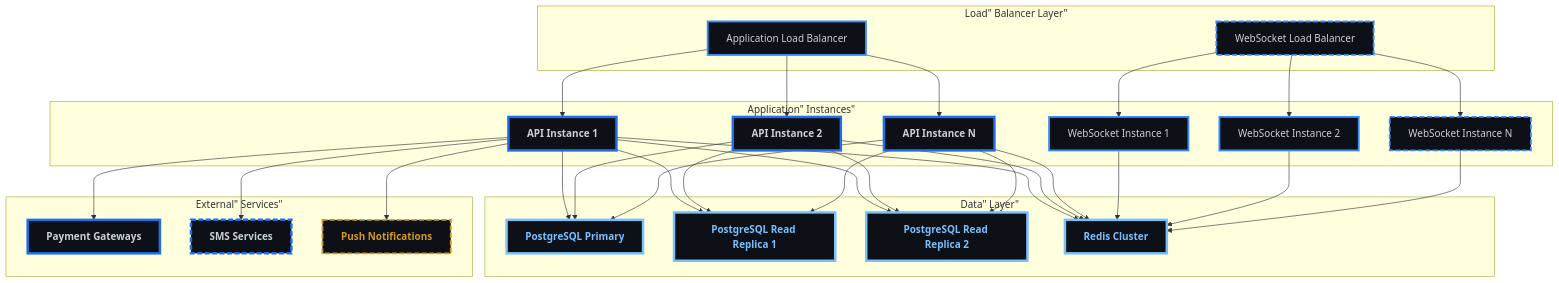
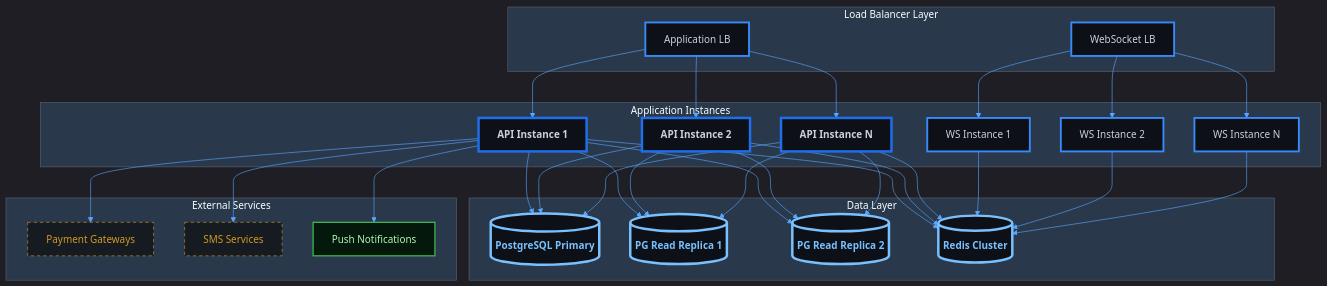
One commit to abdoElHodaky/transportapp changed diagram 12 of 15 in docs/ARCHITECTURE.md. Above: the diagram before and after it, drawn with Mermaid. The commit also changed other lines of this file, not shown here.

````diff
--- a/docs/ARCHITECTURE.md
+++ b/docs/ARCHITECTURE.md
@@ -2148,200 +1992,72 @@
 ```mermaid
-%%{init: {
-    "theme": "dark",
-    "themeVariables": {
-    "primaryColor": "#0d1117",
-    "primaryTextColor": "#58a6ff",
-    "primaryBorderColor": "#58a6ff",
-    "lineColor": "#58a6ff"
-    },
-    "flowchart": {
-    "useMaxWidth": true,
-    "htmlLabels": true
-    }
-    }}%%
 %%{init: {
   "theme": "dark",
   "themeVariables": {
     "primaryColor": "#0d1117",
     "primaryTextColor": "#c9d1d9",
     "primaryBorderColor": "#1f6feb",
-    "lineColor": "#1f6feb",
+    "lineColor": "#58a6ff",
     "secondaryColor": "#388bfd",
     "tertiaryColor": "#79c0ff",
-    "background": "#0d1117",
-    "mainBkg": "#0d1117",
-    "secondBkg": "#30363d",
-    "tertiaryBkg": "#79c0ff"
-  },
-  "flowchart": {
-    "useMaxWidth": true,
-    "htmlLabels": true
-  },
-  "sequence": {
-    "useMaxWidth": true,
-    "wrap": true
-  },
-  "class": {
-    "useMaxWidth": true
-  },
-  "state": {
-    "useMaxWidth": true
-  },
-  "er": {
-    "useMaxWidth": true
-  },
-  "gantt": {
-    "useMaxWidth": true
+    "mainBkg": "#0d1117"
   }
-}%%
+}}%%
 graph TB
-    subgraph """"Load" Balancer Layer"
-        A["Application Load Balancer"]
-        B["WebSocket Load Balancer"]
+    subgraph LBL ["Load Balancer Layer"]
+        A["Application LB"]
+        B["WebSocket LB"]
     end
     
-    subgraph """"Application" Instances"
+    subgraph APP ["Application Instances"]
         C["API Instance 1"]
         D["API Instance 2"]
         E["API Instance N"]
-        F["WebSocket Instance 1"]
-        G["WebSocket Instance 2"]
-        H["WebSocket Instance N"]
+        F["WS Instance 1"]
+        G["WS Instance 2"]
+        H["WS Instance N"]
     end
     
-    subgraph """"Data" Layer"
-        I["PostgreSQL Primary"]
-        J["PostgreSQL Read Replica 1"]
-        K["PostgreSQL Read Replica 2"]
-        L["Redis Cluster"]
+    subgraph DATA ["Data Layer"]
+        I[("PostgreSQL Primary")]
+        J[("PG Read Replica 1")]
+        K[("PG Read Replica 2")]
+        L[("Redis Cluster")]
     end
     
-    subgraph """"External" Services"
+    subgraph EXT ["External Services"]
         M["Payment Gateways"]
         N["SMS Services"]
         O["Push Notifications"]
     end
     
-    A --> C
-    A --> D
-    A --> E
-    B --> F
-    B --> G
-    B --> H
+    %% Relationships
+    A --> C & D & E
+    B --> F & G & H
     
-    C --> I
-    C --> J
-    C --> K
-    C --> L
+    C & D & E --> I
+    C & D & E --> J
+    C & D & E --> K
+    C & D & E --> L
     
-    D --> I
-    D --> J
-    D --> K
-    D --> L
+    F & G & H --> L
     
-    E --> I
-    E --> J
-    E --> K
-    E --> L
+    C --> M & N & O
+
+    %% --- STYLING ---
     
-    F --> L
-    G --> L
-    H --> L
-    
-    C --> M
-    C --> N
-    C --> O
+    classDef primary fill:#0d1117,stroke:#1f6feb,stroke-width:4px,color:#c9d1d9,font-weight:bold;
+    classDef secondary fill:#0d1117,stroke:#388bfd,stroke-width:3px,color:#c9d1d9;
+    classDef database fill:#0d1117,stroke:#79c0ff,stroke-width:4px,color:#79c0ff,font-weight:bold;
+    classDef decision fill:#161b22,stroke:#d29922,color:#d29922,stroke-dasharray: 5 5;
+    classDef revNode fill:#04190b,stroke:#3fb950,color:#aff5b4,stroke-width:2px;
 
-    %%  --- DARK GRADIENT & GLOW STYLING ---
-    
-    %%  Main Dashboard (Neon Cyan/Blue)
-    classDef main fill : #0d1117, stroke:#58a6ff, stroke-width: 4px,color:#58a6ff,font-weight: bold;
-    
-    
-    %%  Decision Diamond (Gold Glow)
-    classDef decision fill : #161b22, stroke:#d29922, color:#d29922,stroke-dasharray: 5 5;
-    
-    
-    %%  Revenue (Emerald Gradient Style)
-    classDef revNode fill : #04190b, stroke:#3fb950, color:#aff5b4,stroke-width: 2px;
-    
-    
-    %%  Commission (Purple Gradient Style)
-    classDef commNode fill : #12101e, stroke:#bc8cff, color:#e2c5ff,stroke-width: 2px;
-    
-    
-    %%  Refund (Ruby Gradient Style)
-    classDef refNode fill : #1a0b0b, stroke:#ff7b72, color:#ffa198,stroke-width: 2px;
-    
-    
-    %%  Earnings (Sapphire Gradient Style)
-    classDef earnNode fill : #051221, stroke:#388bfd, color:#a5d6ff,stroke-width: 2px;
-    
-
-    class A main;
-    class B decision;
-    class C revNode;
-    class D commNode;
-    class E refNode;
-    class F earnNode;
-    class G main;
-    class H decision;
-    class I revNode;
-    class J commNode;
-    class K refNode;
-    class L earnNode;
-    class M main;
-    class N decision;
+    %% Class Assignments
+    class C,D,E primary;
+    class A,B,F,G,H secondary;
+    class I,J,K,L database;
+    class M,N decision;
     class O revNode;
 
 
-
-
-    %% --- ARCHITECTURE (TECH BLUE) THEME STYLING ---
     
-    %% Primary nodes (main components)
-    classDef primary fill:#0d1117,stroke:#1f6feb,stroke-width:4px,color:#c9d1d9,font-weight:bold;
-    
-    %% Secondary nodes (supporting components)
-    classDef secondary fill:#0d1117,stroke:#388bfd,stroke-width:3px,color:#c9d1d9,font-weight:normal;
-    
-    %% Accent nodes (highlights)
-    classDef accent fill:#0d1117,stroke:#79c0ff,stroke-width:2px,color:#79c0ff,font-weight:bold;
-    
-    %% Success nodes (positive outcomes)
-    classDef success fill:#0d1117,stroke:#238636,stroke-width:3px,color:#238636,font-weight:bold;
-    
-    %% Warning nodes (attention needed)
-    classDef warning fill:#0d1117,stroke:#d29922,stroke-width:3px,color:#d29922,font-weight:bold,stroke-dasharray: 5 5;
-    
-    %% Error nodes (problems/failures)
-    classDef error fill:#0d1117,stroke:#da3633,stroke-width:3px,color:#da3633,font-weight:bold,stroke-dasharray: 10 5;
-    
-    %% Database nodes (data storage)
-    classDef database fill:#0d1117,stroke:#79c0ff,stroke-width:4px,color:#79c0ff,font-weight:bold;
-    
-    %% Process nodes (operations)
-    classDef process fill:#30363d,stroke:#1f6feb,stroke-width:2px,color:#c9d1d9,font-weight:normal;
-    
-    %% Decision nodes (branching points)
-    classDef decision fill:#0d1117,stroke:#d29922,stroke-width:3px,color:#d29922,font-weight:bold,stroke-dasharray: 8 4;
-    
-    %% External nodes (third-party services)
-    classDef external fill:#0d1117,stroke:#388bfd,stroke-width:2px,color:#388bfd,font-weight:normal,stroke-dasharray: 3 3;
-
-    class A secondary;
-    class B secondary;
-    class C primary;
-    class D primary;
-    class E primary;
-    class F secondary;
-    class G secondary;
-    class H secondary;
-    class I database;
-    class J database;
-    class K database;
-    class L database;
-    class M primary;
-    class N primary;
-    class O decision;
 ```
````
